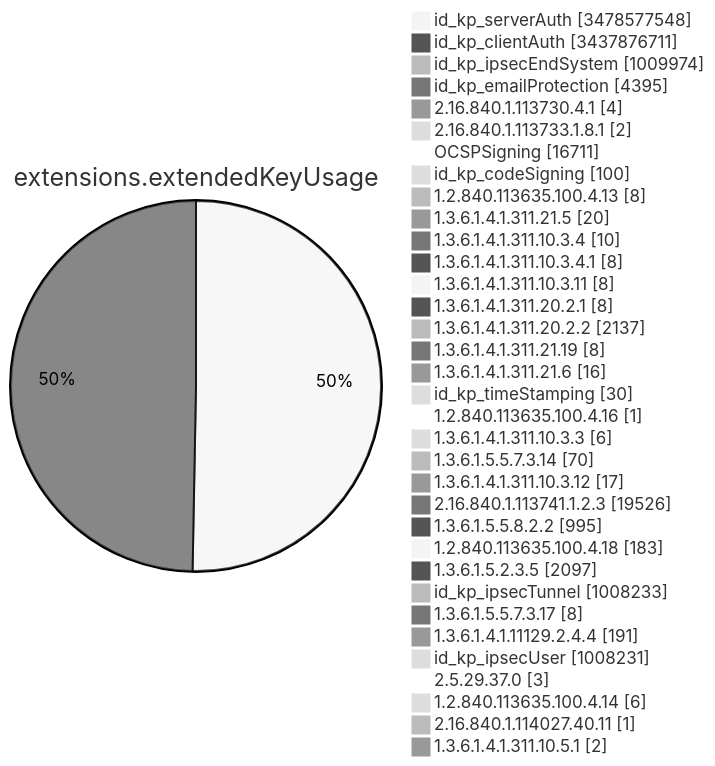
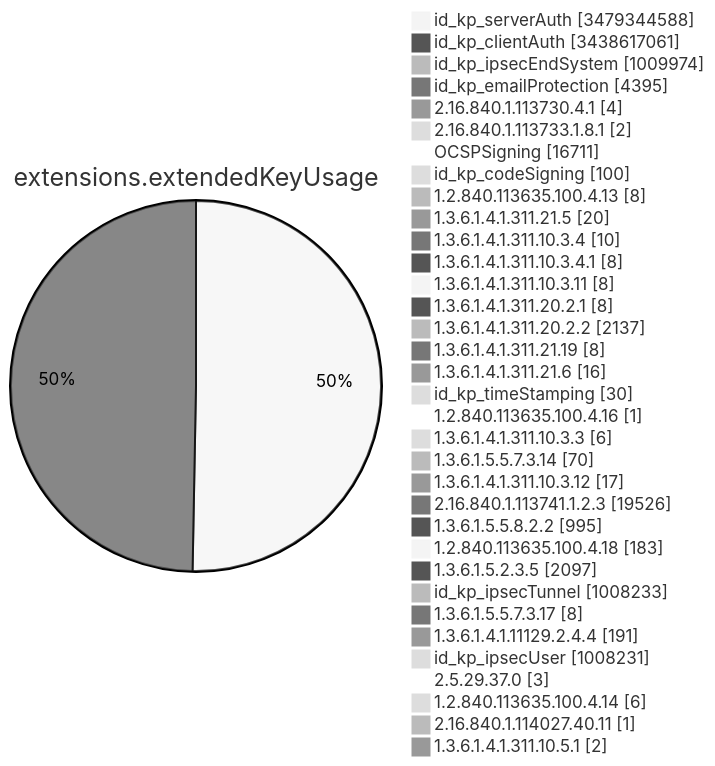
Diagram 11 of 15 in TOTAL/README.md (christiankrug/ctmonitor_visualization), drawn with Mermaid (neutral theme) before and after one commit. The commit also changed other lines of this file, not shown here.

````diff
--- a/TOTAL/README.md
+++ b/TOTAL/README.md
@@ -4123,38 +4123,38 @@
 ```mermaid
 pie showData
 title extensions.extendedKeyUsage
-"id_kp_serverAuth" :3478577548
-"id_kp_clientAuth" :3437876711
+"id_kp_serverAuth" :3479344588
+"id_kp_clientAuth" :3438617061
 "id_kp_ipsecEndSystem" :1009974
 "id_kp_emailProtection" :4395
 "2.16.840.1.113730.4.1" :4
 "2.16.840.1.113733.1.8.1" :2
 "OCSPSigning" :16711
 "id_kp_codeSigning" :100
 "1.2.840.113635.100.4.13" :8
 "1.3.6.1.4.1.311.21.5" :20
 "1.3.6.1.4.1.311.10.3.4" :10
 "1.3.6.1.4.1.311.10.3.4.1" :8
 "1.3.6.1.4.1.311.10.3.11" :8
 "1.3.6.1.4.1.311.20.2.1" :8
 "1.3.6.1.4.1.311.20.2.2" :2137
 "1.3.6.1.4.1.311.21.19" :8
 "1.3.6.1.4.1.311.21.6" :16
 "id_kp_timeStamping" :30
 "1.2.840.113635.100.4.16" :1
 "1.3.6.1.4.1.311.10.3.3" :6
 "1.3.6.1.5.5.7.3.14" :70
 "1.3.6.1.4.1.311.10.3.12" :17
 "2.16.840.1.113741.1.2.3" :19526
 "1.3.6.1.5.5.8.2.2" :995
 "1.2.840.113635.100.4.18" :183
 "1.3.6.1.5.2.3.5" :2097
 "id_kp_ipsecTunnel" :1008233
 "1.3.6.1.5.5.7.3.17" :8
 "1.3.6.1.4.1.11129.2.4.4" :191
 "id_kp_ipsecUser" :1008231
 "2.5.29.37.0" :3
 "1.2.840.113635.100.4.14" :6
 "2.16.840.1.114027.40.11" :1
 "1.3.6.1.4.1.311.10.5.1" :2
 ```
````
